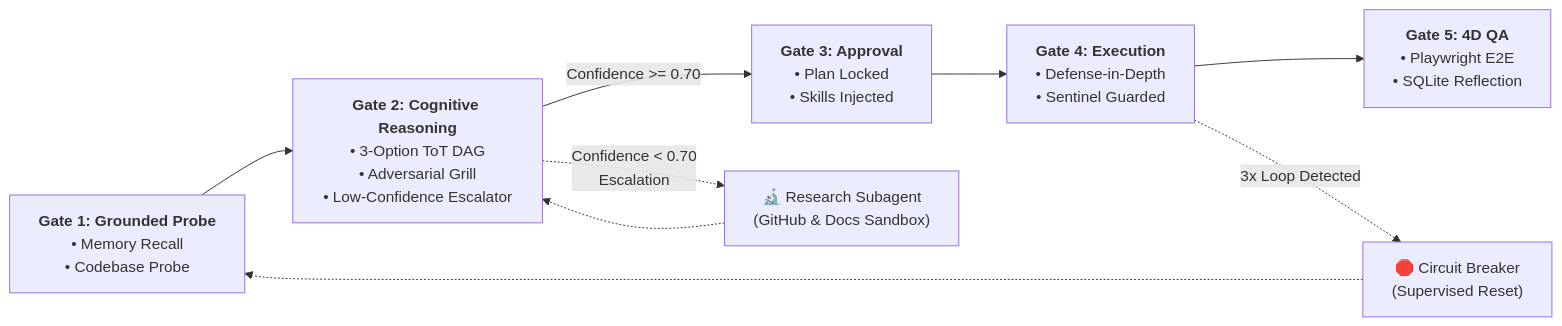
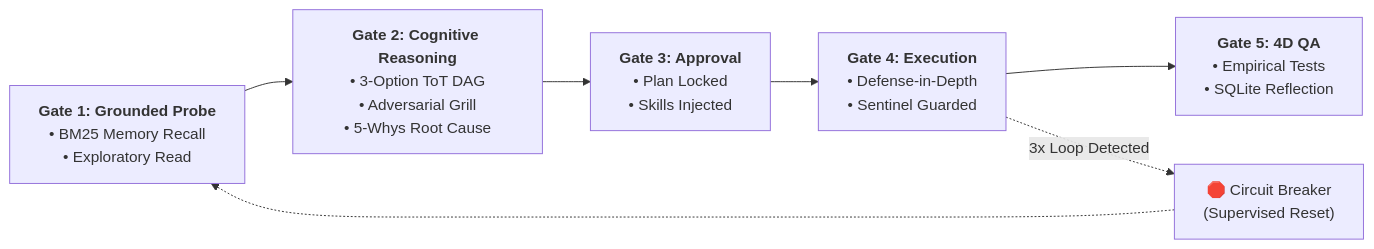
The diagram in data/readmes/VoDaiLocz__kilo-kit-mcp.md (zqf20096327/ai_collect), drawn with Mermaid before and after one commit. The commit also changed other lines of this file and 1657 other files, not shown here.

````diff
--- a/data/readmes/VoDaiLocz__kilo-kit-mcp.md
+++ b/data/readmes/VoDaiLocz__kilo-kit-mcp.md
@@ -77,21 +121,19 @@
 ```mermaid
 flowchart LR
-    G1["<b>Gate 1: Grounded Probe</b><br/>• Memory Recall<br/>• Codebase Probe"]
+    G1["<b>Gate 1: Grounded Probe</b><br/>• BM25 Memory Recall<br/>• Exploratory Read"]
     
-    G2["<b>Gate 2: Cognitive Reasoning</b><br/>• 3-Option ToT DAG<br/>• Adversarial Grill<br/>• Low-Confidence Escalator"]
+    G2["<b>Gate 2: Cognitive Reasoning</b><br/>• 3-Option ToT DAG<br/>• Adversarial Grill<br/>• 5-Whys Root Cause"]
     
     G3["<b>Gate 3: Approval</b><br/>• Plan Locked<br/>• Skills Injected"]
     
     G4["<b>Gate 4: Execution</b><br/>• Defense-in-Depth<br/>• Sentinel Guarded"]
     
-    G5["<b>Gate 5: 4D QA</b><br/>• Playwright E2E<br/>• SQLite Reflection"]
+    G5["<b>Gate 5: 4D QA</b><br/>• Empirical Tests<br/>• SQLite Reflection"]
 
     G1 --> G2
-    G2 -->|Confidence >= 0.70| G3
-    G2 -.->|Confidence < 0.70<br/>Escalation| Subagent["🔬 Research Subagent<br/>(GitHub & Docs Sandbox)"]
-    Subagent -.-> G2
+    G2 --> G3
     G3 --> G4
     G4 --> G5
     G4 -.->|3x Loop Detected| Breaker["🛑 Circuit Breaker<br/>(Supervised Reset)"]
     Breaker -.-> G1
 ```
````
